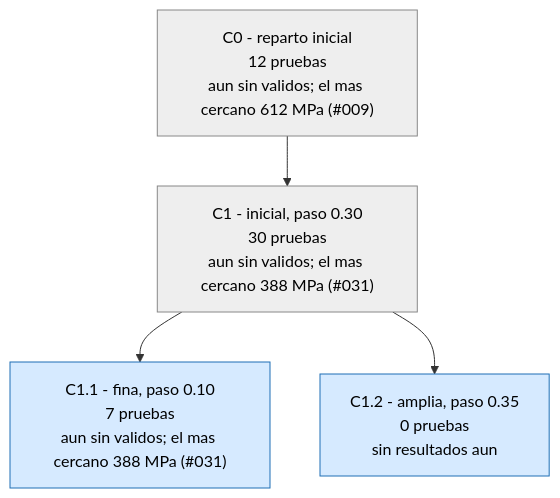
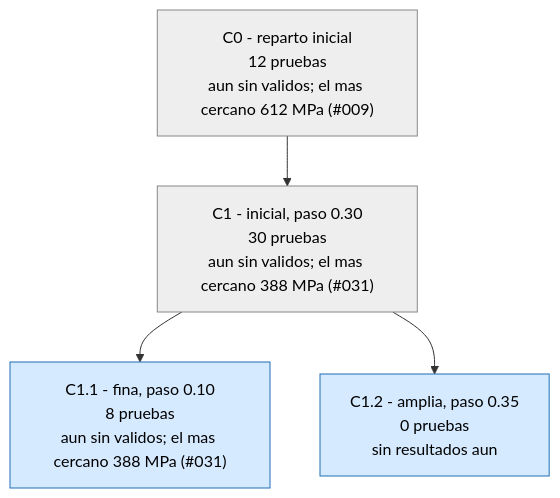
One commit to Hugiko/msd-soporte-optimizacion changed the third of 3 diagrams in runs/opt_37800N/ARBOL.md. Above: the diagram before and after it, drawn with Mermaid. The commit also changed 19 other files, not shown here.

````diff
--- a/runs/opt_37800N/ARBOL.md
+++ b/runs/opt_37800N/ARBOL.md
@@ -55,13 +55,13 @@
 ```mermaid
 graph TD
 classDef activa fill:#d6eaff,stroke:#1f6fb5,color:#000
 classDef fin fill:#eeeeee,stroke:#888,color:#000
 classDef mejor fill:#c8f0c0,stroke:#1a9850,stroke-width:4px,color:#000
 C0["C0 - reparto inicial<br/>12 pruebas<br/>aun sin validos; el mas cercano 612 MPa (#009)"]:::fin
 C1["C1 - inicial, paso 0.30<br/>30 pruebas<br/>aun sin validos; el mas cercano 388 MPa (#031)"]:::fin
 C0 --> C1
-C1_1["C1.1 - fina, paso 0.10<br/>7 pruebas<br/>aun sin validos; el mas cercano 388 MPa (#031)"]:::activa
+C1_1["C1.1 - fina, paso 0.10<br/>8 pruebas<br/>aun sin validos; el mas cercano 388 MPa (#031)"]:::activa
 C1 --> C1_1
 C1_2["C1.2 - amplia, paso 0.35<br/>0 pruebas<br/>sin resultados aun"]:::activa
 C1 --> C1_2
 ```
````
